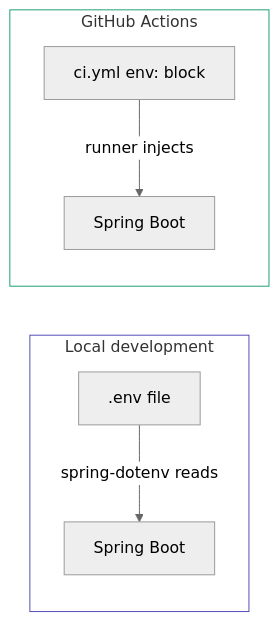
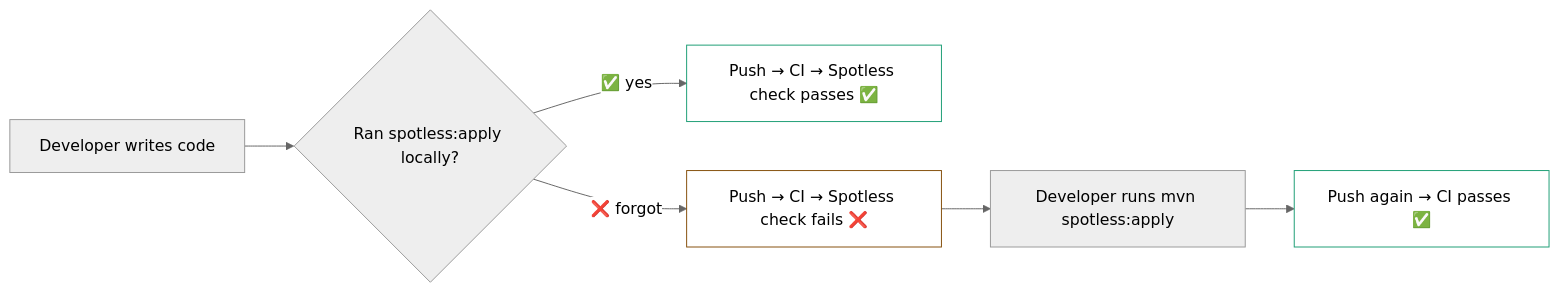
The third of 4 diagrams in docs/ci-cd/github-ci.md (MaksymChalyi/Verdora-backend), drawn with Mermaid (neutral theme) before and after one commit. The commit also changed other lines of this file and 1 other file, not shown here.

````diff
--- a/docs/ci-cd/github-ci.md
+++ b/docs/ci-cd/github-ci.md
@@ -236,13 +173,12 @@
 ```mermaid
 flowchart LR
-    subgraph Local["Local development"]
-        ENV[".env file"] -->|"spring-dotenv reads"| APP1["Spring Boot"]
-    end
+    A["Developer writes code"] --> B{"Ran spotless:apply locally?"}
+    B -->|"✅ yes"| C["Push → CI → Spotless check passes ✅"]
+    B -->|"❌ forgot"| D["Push → CI → Spotless check fails ❌"]
+    D --> E["Developer runs mvn spotless:apply"]
+    E --> F["Push again → CI passes ✅"]
 
-    subgraph CI["GitHub Actions"]
-        YAML["ci.yml env: block"] -->|"runner injects"| APP2["Spring Boot"]
-    end
-
-    style Local fill:none,stroke:#534AB7,stroke-width:1px
-    style CI fill:none,stroke:#1D9E75,stroke-width:1px
+    style D fill:none,stroke:#854F0B,stroke-width:1px
+    style C fill:none,stroke:#1D9E75,stroke-width:1px
+    style F fill:none,stroke:#1D9E75,stroke-width:1px
 ```
````
